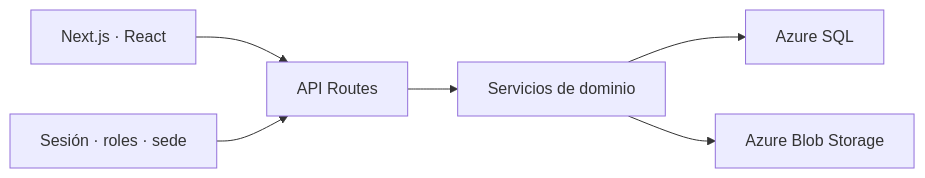
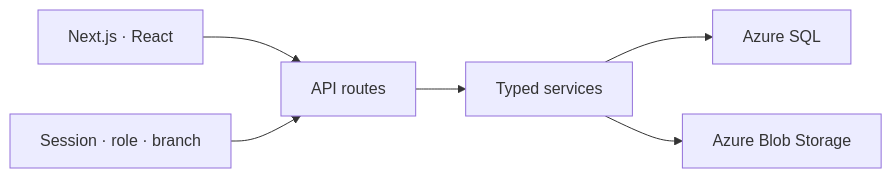
Before and after one commit to Johan-Alvarez-Dev/vision-center-case-study: the diagram in README.md, drawn with Mermaid. The commit also changed other lines of this file and 11 other files, not shown here.

````diff
--- a/README.md
+++ b/README.md
@@ -31,8 +32,8 @@
 ```mermaid
 flowchart LR
-  UI["Next.js · React"] --> Routes["API Routes"]
-  Routes --> Services["Servicios de dominio"]
+  UI["Next.js · React"] --> Routes["API routes"]
+  Routes --> Services["Typed services"]
   Services --> SQL["Azure SQL"]
   Services --> Blob["Azure Blob Storage"]
-  Session["Sesión · roles · sede"] --> Routes
+  Session["Session · role · branch"] --> Routes
 ```
````
